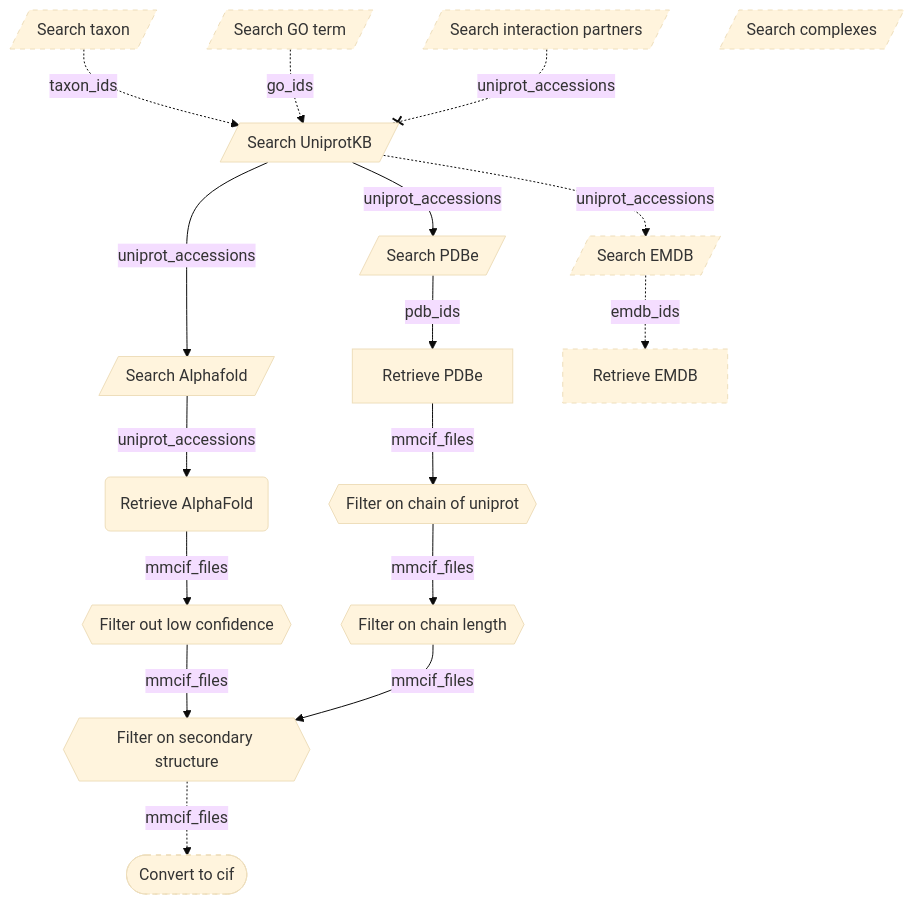
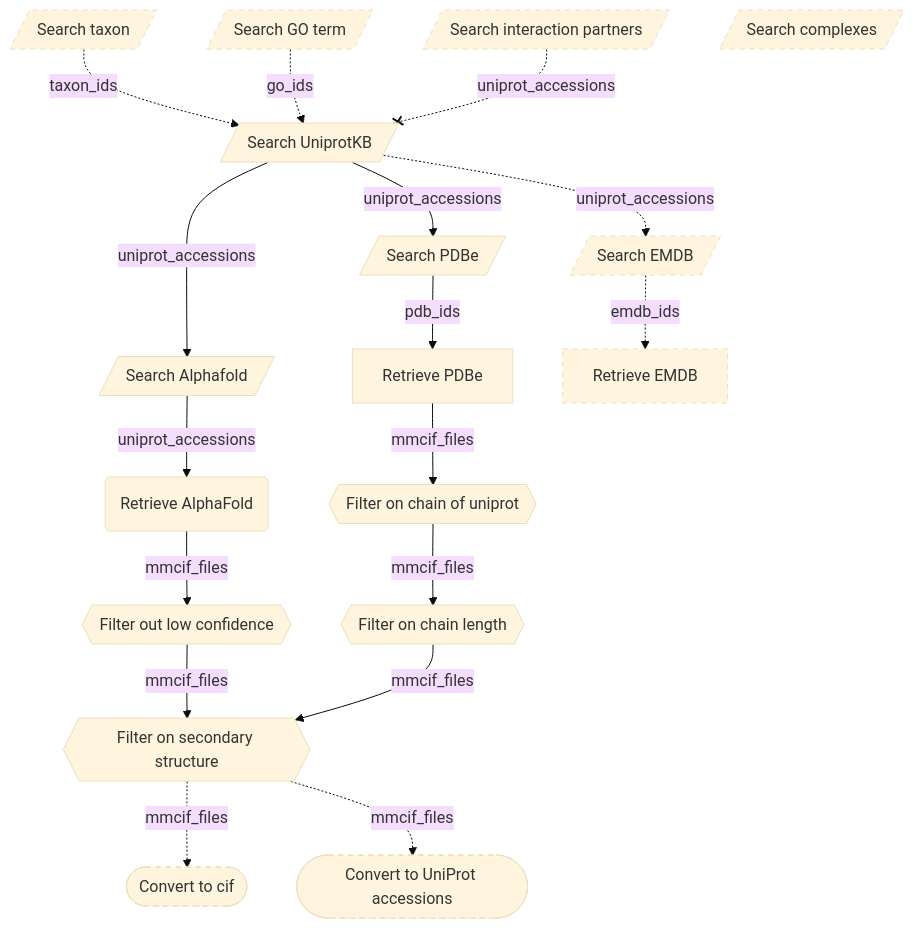
One commit to haddocking/protein-quest changed the diagram in README.md. Above: the diagram before and after it, drawn with Mermaid (base theme). The commit also changed other lines of this file and 4 other files, not shown here.

Commit message:
Add `convert uniprot <structures dir>` sub command.

````diff
--- a/README.md
+++ b/README.md
@@ -26,27 +26,29 @@
 ```mermaid
 graph TB;
     taxonomy[/Search taxon/] -. taxon_ids .-> searchuniprot[/Search UniprotKB/]
     goterm[/Search GO term/] -. go_ids .-> searchuniprot[/Search UniprotKB/]
     searchuniprot --> |uniprot_accessions|searchpdbe[/Search PDBe/]
     searchuniprot --> |uniprot_accessions|searchaf[/Search Alphafold/]
     searchuniprot -. uniprot_accessions .-> searchemdb[/Search EMDB/]
     searchintactionpartners[/Search interaction partners/] -.-x |uniprot_accessions|searchuniprot
     searchcomplexes[/Search complexes/]
     searchpdbe -->|pdb_ids|fetchpdbe[Retrieve PDBe]
     searchaf --> |uniprot_accessions|fetchad(Retrieve AlphaFold)
     searchemdb -. emdb_ids .->fetchemdb[Retrieve EMDB]
     fetchpdbe -->|mmcif_files| chainfilter{{Filter on chain of uniprot}}
     chainfilter --> |mmcif_files| residuefilter{{Filter on chain length}}
     fetchad -->|mmcif_files| confidencefilter{{Filter out low confidence}}
     confidencefilter --> |mmcif_files| ssfilter{{Filter on secondary structure}}
     residuefilter --> |mmcif_files| ssfilter
     ssfilter -. mmcif_files .-> convert2cif([Convert to cif])
+    ssfilter -. mmcif_files .-> convert2uniprot_accessions([Convert to UniProt accessions])
     classDef dashedBorder stroke-dasharray: 5 5;
     goterm:::dashedBorder
     taxonomy:::dashedBorder
     searchemdb:::dashedBorder
     fetchemdb:::dashedBorder
     searchintactionpartners:::dashedBorder
     searchcomplexes:::dashedBorder
     convert2cif:::dashedBorder
+    convert2uniprot_accessions:::dashedBorder
 ```
````
